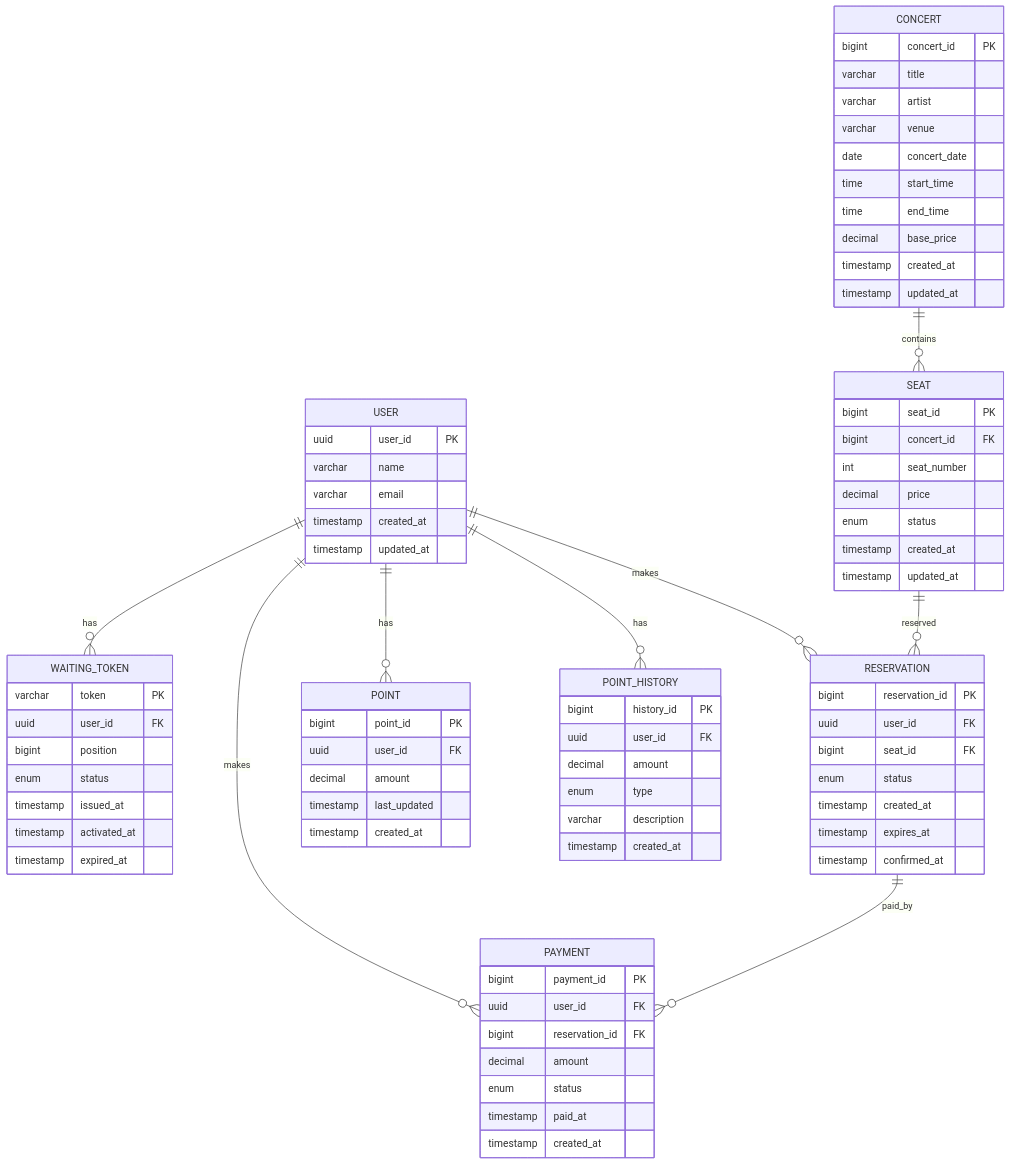
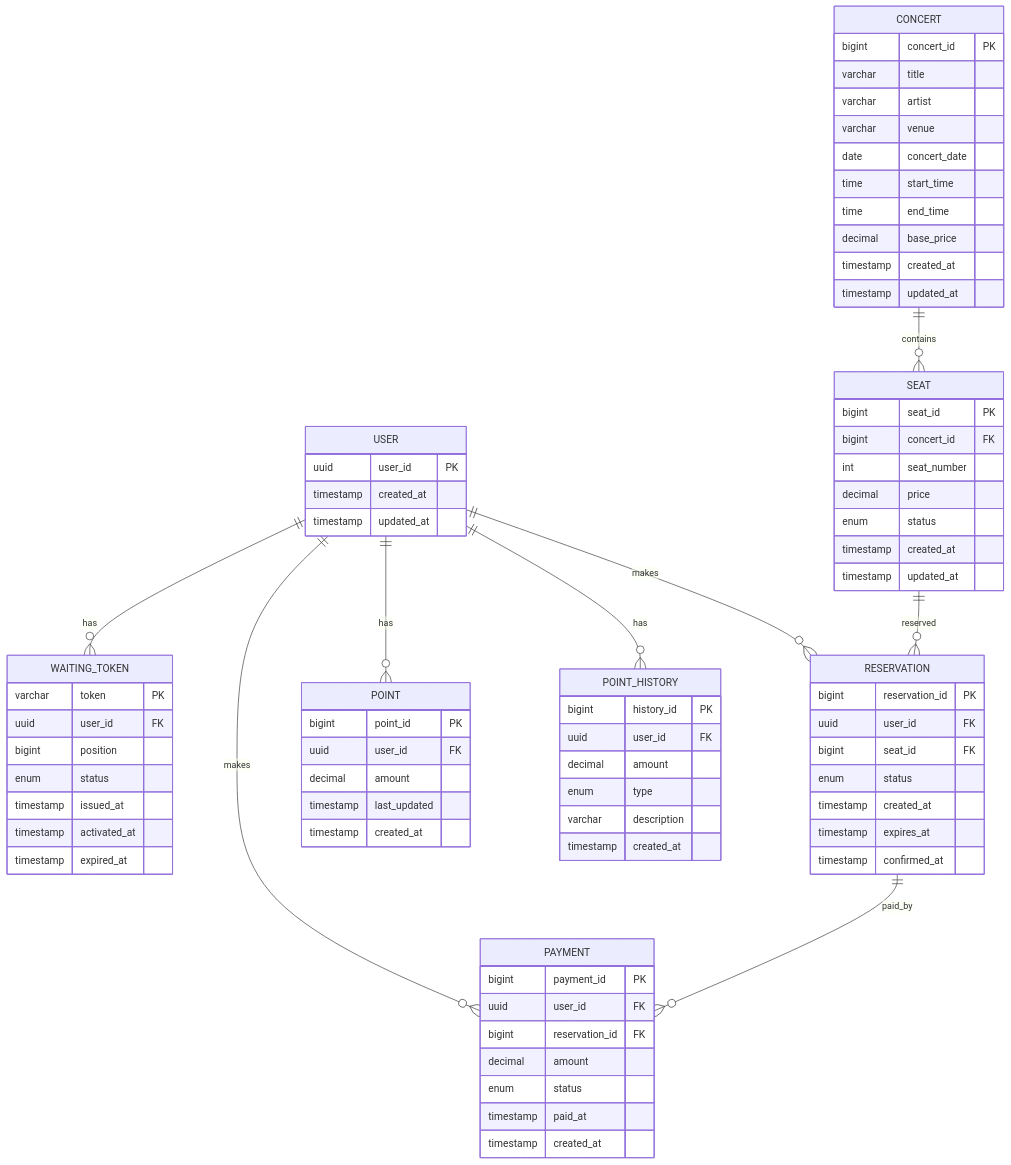
One commit to hanghae99-backend/2-SERVICE changed the fifth of 5 diagrams in README.md. Above: the diagram before and after it, drawn with Mermaid. The commit also changed 5 other files, not shown here.

```diff
--- a/README.md
+++ b/README.md
@@ -175,8 +175,6 @@
 erDiagram
     USER {
         uuid user_id PK
-        varchar name
-        varchar email
         timestamp created_at
         timestamp updated_at
     }
```
